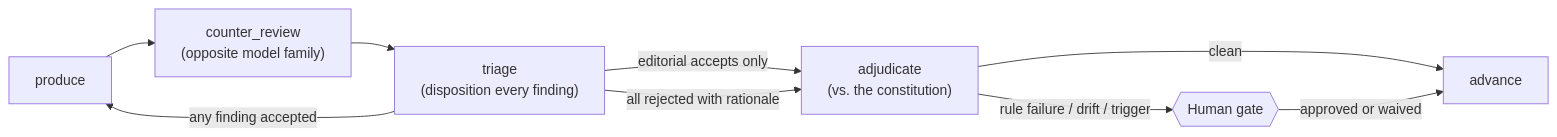
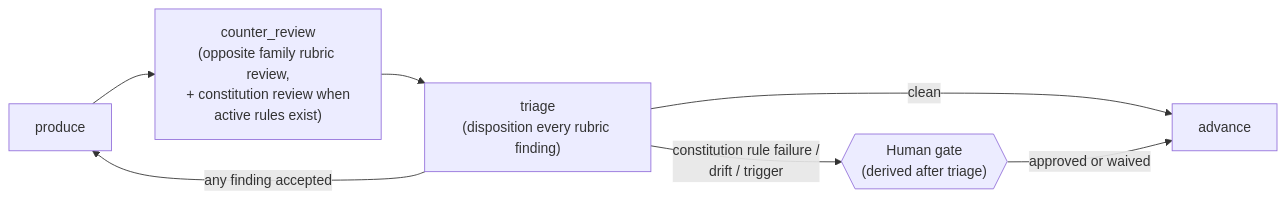
Before and after one commit to Aroton/ArchflowV2: the second of 2 diagrams in docs/OVERVIEW.md, drawn with Mermaid. The commit also changed other lines of this file and 99 other files, not shown here.

````diff
--- a/docs/OVERVIEW.md
+++ b/docs/OVERVIEW.md
@@ -49,11 +49,9 @@
 ```mermaid
 flowchart LR
-    P[produce] --> CR["counter_review<br/>(opposite model family)"]
-    CR --> T["triage<br/>(disposition every finding)"]
+    P[produce] --> CR["counter_review<br/>(opposite family rubric review,<br/>+ constitution review when<br/>active rules exist)"]
+    CR --> T["triage<br/>(disposition every rubric finding)"]
     T -->|"any finding accepted"| P
-    T -->|"editorial accepts only"| A
-    T -->|"all rejected with rationale"| A["adjudicate<br/>(vs. the constitution)"]
-    A -->|"rule failure / drift / trigger"| G{{"Human gate"}}
-    A -->|clean| Adv[advance]
+    T -->|"clean"| Adv[advance]
+    T -->|"constitution rule failure /<br/>drift / trigger"| G{{"Human gate<br/>(derived after triage)"}}
     G -->|approved or waived| Adv
 ```
````
